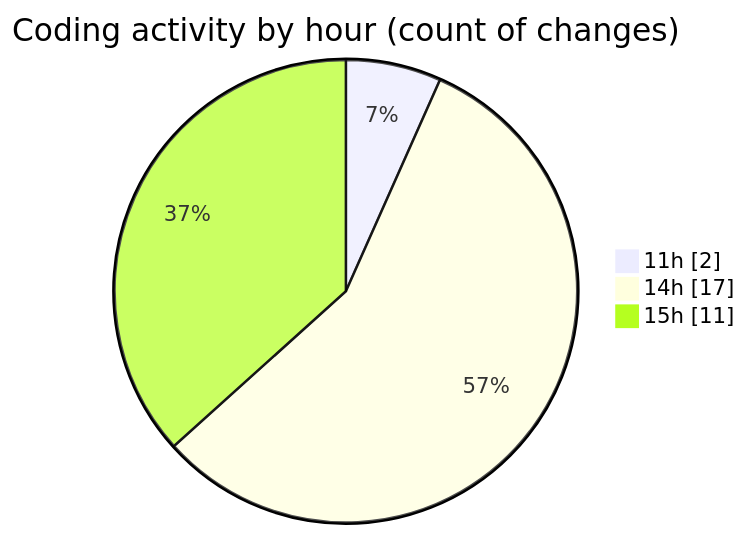
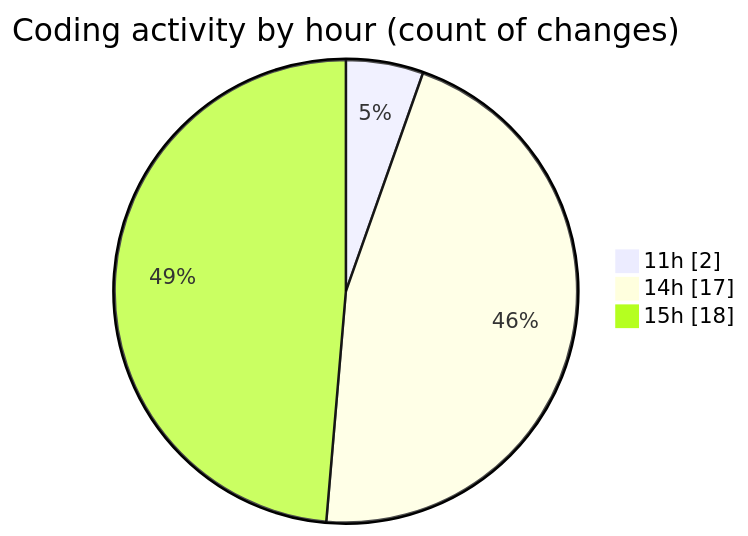
Before and after one commit to momahboobian/code-tracking: the second of 2 diagrams in 2026-03-16/cda/README.md, drawn with Mermaid. The commit also changed other lines of this file and 1 other file, not shown here.

````diff
--- a/2026-03-16/cda/README.md
+++ b/2026-03-16/cda/README.md
@@ -41,7 +42,7 @@
 ```mermaid
 pie showData
 title Coding activity by hour (count of changes)
 "11h" : 2
 "14h" : 17
-"15h" : 11
+"15h" : 18
 ```
````
